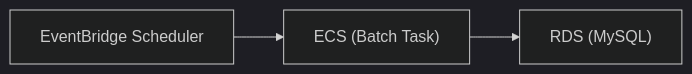
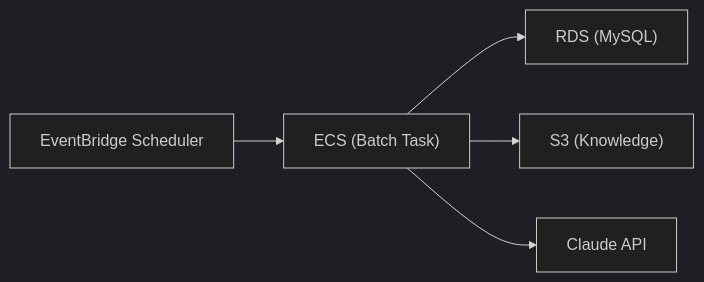
Before and after one commit to ryokkon624/hw-hub-batch: the diagram in batch_README.md, drawn with Mermaid (dark theme). The commit also changed other lines of this file and 1 other file, not shown here.

````diff
--- a/batch_README.md
+++ b/batch_README.md
@@ -24,8 +24,12 @@
 ```mermaid
 flowchart LR
     Scheduler["EventBridge Scheduler"]
     ECSBatch["ECS (Batch Task)"]
     RDS["RDS (MySQL)"]
+    S3Knowledge["S3 (Knowledge)"]
+    ClaudeAPI["Claude API"]
     Scheduler --> ECSBatch
     ECSBatch --> RDS
+    ECSBatch --> S3Knowledge
+    ECSBatch --> ClaudeAPI
 ```
````
